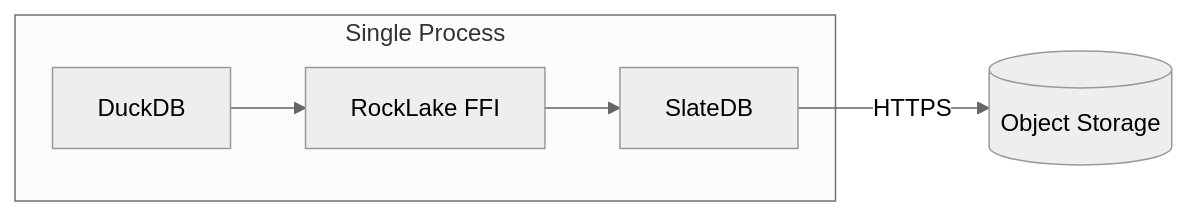
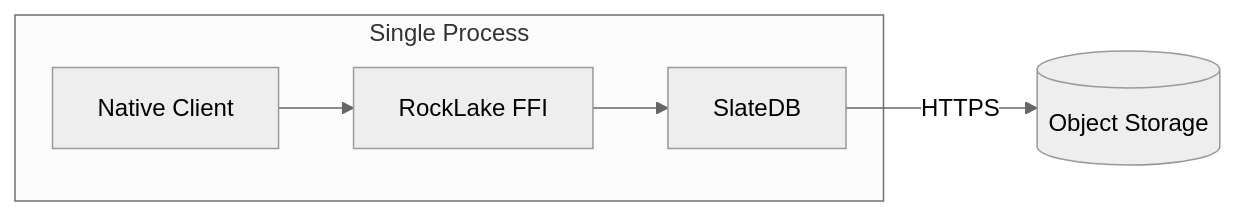
Before and after one commit to trickle-labs/rocklake: the fifth of 6 diagrams in docs/architecture/overview.md, drawn with Mermaid (neutral theme). The commit also changed other lines of this file and 113 other files, not shown here.

````diff
--- a/docs/architecture/overview.md
+++ b/docs/architecture/overview.md
@@ -239,8 +241,8 @@
 ```mermaid
 graph LR
     subgraph "Single Process"
-        DDB[DuckDB] --> FFI[RockLake FFI]
+        Client[Native Client] --> FFI[RockLake FFI]
         FFI --> SDB[SlateDB]
     end
     SDB -->|HTTPS| S3[(Object Storage)]
 ```
````
